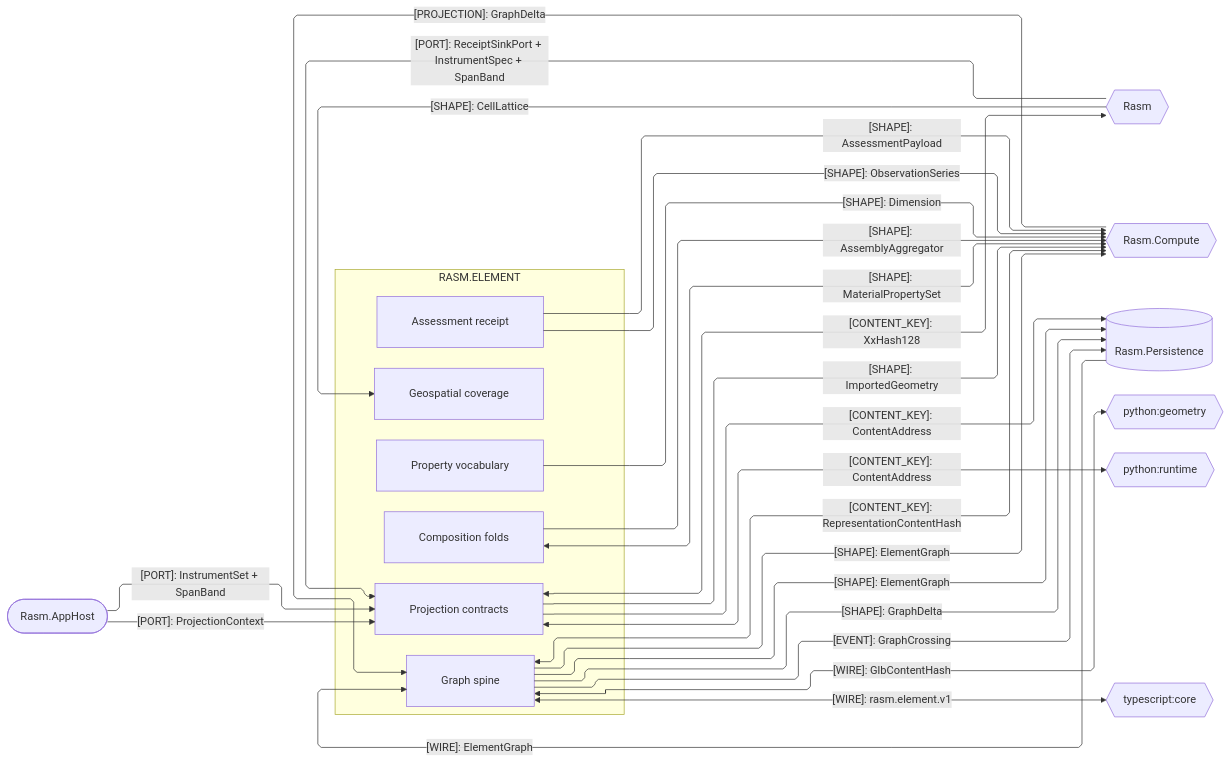
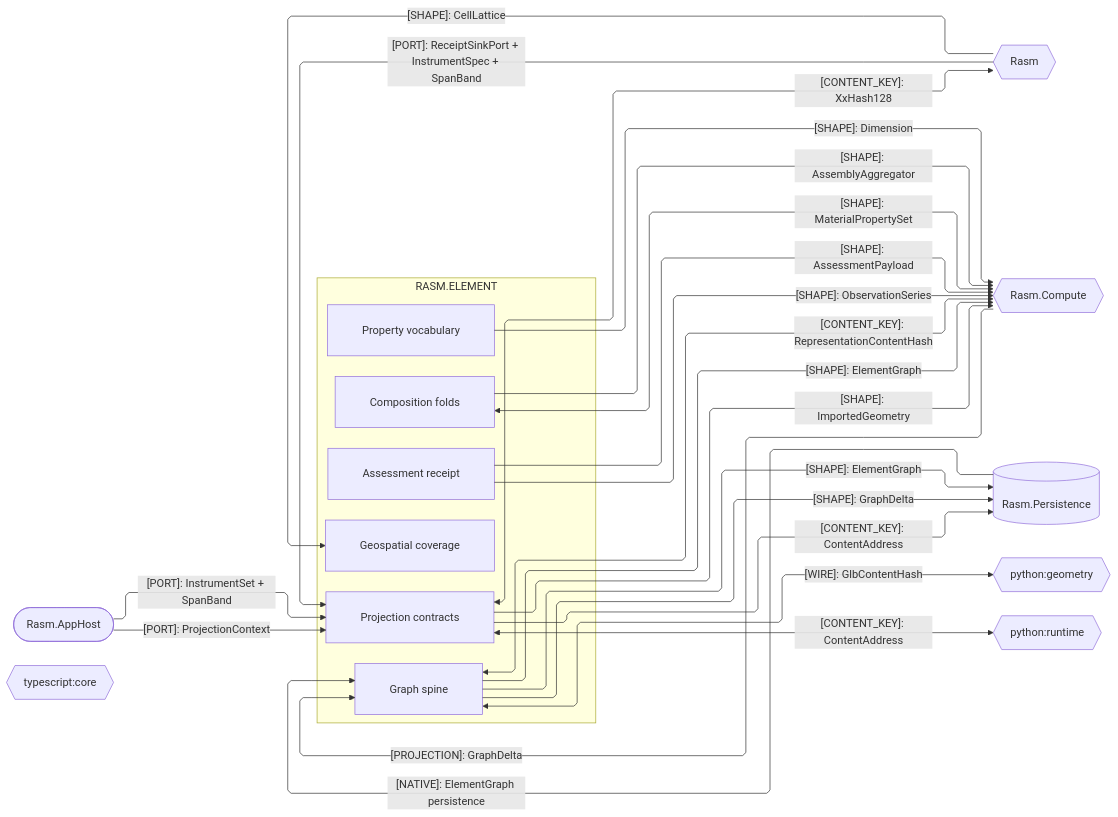
One commit to bsamiee/Rasm changed the third of 4 diagrams in libs/csharp/Rasm.Element/ARCHITECTURE.md. Above: the diagram before and after it, drawn with Mermaid. The commit also changed other lines of this file and 820 other files, not shown here.

````diff
--- a/libs/csharp/Rasm.Element/ARCHITECTURE.md
+++ b/libs/csharp/Rasm.Element/ARCHITECTURE.md
@@ -176,49 +176,47 @@
 ```mermaid
 ---
 config:
   layout: elk
   flowchart:
     curve: linear
     padding: 25
 ---
 flowchart LR
     accTitle: Element platform and cross-runtime wire seams
     accDescr: Which content keys, shapes, and wires cross between Element's owners, the kernel, the app platform, and the runtime peers.
     subgraph element[RASM.ELEMENT]
         Graph[Graph spine]
         Projection[Projection contracts]
         Composition[Composition folds]
         Properties[Property vocabulary]
         Assessment[Assessment receipt]
         Geospatial[Geospatial coverage]
     end
     Rasm{{Rasm}}
     AppHost([Rasm.AppHost])
     Compute{{Rasm.Compute}}
     Persistence[(Rasm.Persistence)]
     Geometry{{python:geometry}}
     Runtime{{python:runtime}}
     Core{{typescript:core}}
     Projection e1@<-->|"[CONTENT_KEY]: XxHash128"| Rasm
     AppHost e2@-->|"[PORT]: ProjectionContext"| Projection
     AppHost e3@-->|"[PORT]: InstrumentSet + SpanBand"| Projection
     Rasm e4@-->|"[PORT]: ReceiptSinkPort + InstrumentSpec + SpanBand"| Projection
     Rasm e5@-->|"[SHAPE]: CellLattice"| Geospatial
     Projection e6@-->|"[CONTENT_KEY]: ContentAddress"| Persistence
     Graph e7@-->|"[SHAPE]: ElementGraph"| Persistence
     Graph e8@-->|"[SHAPE]: GraphDelta"| Persistence
-    Graph e9@-->|"[EVENT]: GraphCrossing"| Persistence
-    Persistence e10@-->|"[WIRE]: ElementGraph"| Graph
+    Persistence e10@-->|"[NATIVE]: ElementGraph persistence"| Graph
     Graph e11@<-->|"[CONTENT_KEY]: RepresentationContentHash"| Compute
     Composition e12@-->|"[SHAPE]: AssemblyAggregator"| Compute
     Composition e13@<-->|"[SHAPE]: MaterialPropertySet"| Compute
     Properties e14@-->|"[SHAPE]: Dimension"| Compute
     Assessment e15@-->|"[SHAPE]: AssessmentPayload"| Compute
     Assessment e16@-->|"[SHAPE]: ObservationSeries"| Compute
     Compute e17@-->|"[PROJECTION]: GraphDelta"| Graph
     Graph e18@-->|"[SHAPE]: ElementGraph"| Compute
     Projection e19@-->|"[SHAPE]: ImportedGeometry"| Compute
     Graph e20@<-->|"[WIRE]: GlbContentHash"| Geometry
     Projection e21@<-->|"[CONTENT_KEY]: ContentAddress"| Runtime
-    Graph e22@<-->|"[WIRE]: rasm.element.v1"| Core
 ```
````
